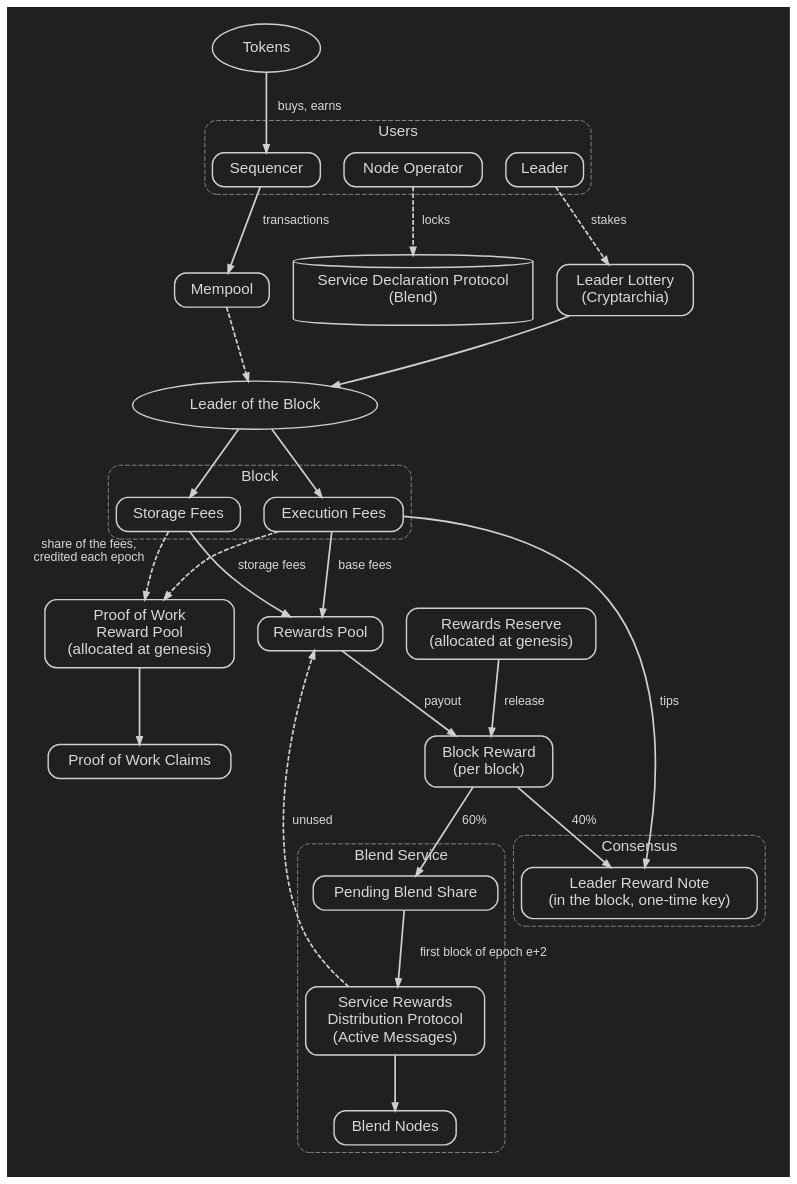
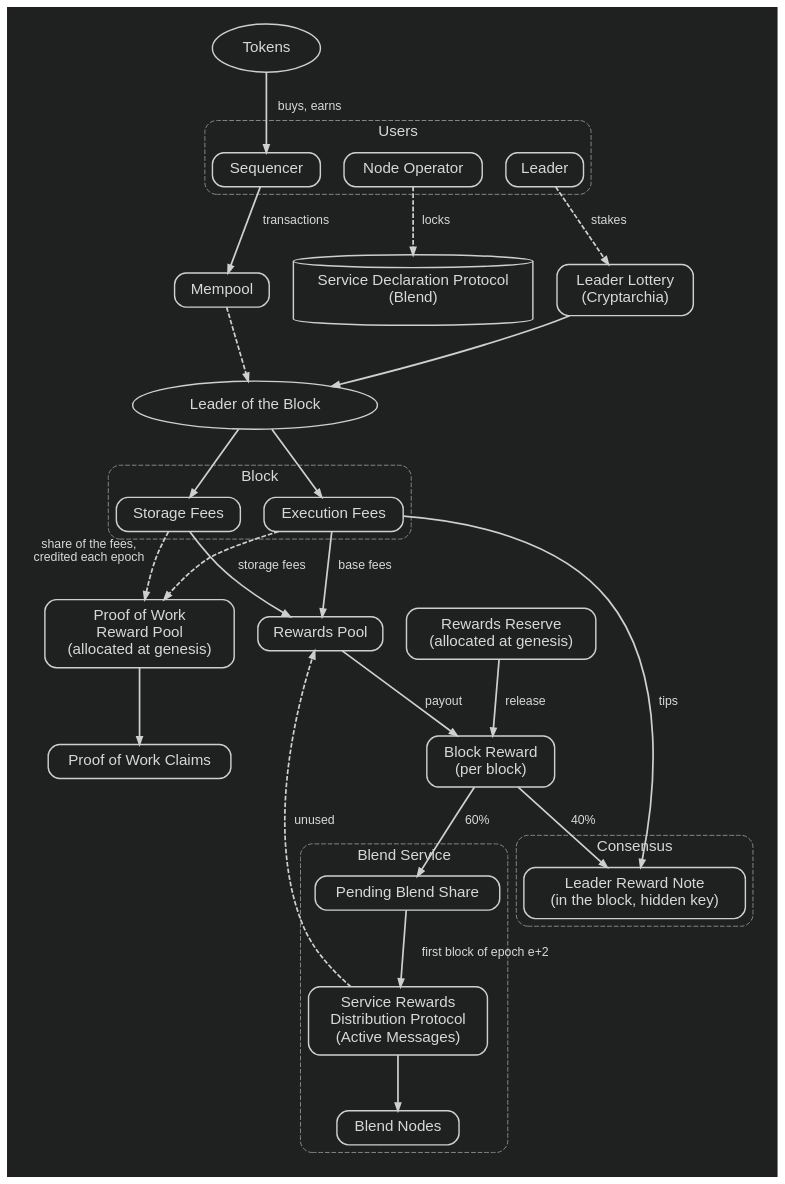
Before and after one commit to logos-co/logos-lips: the diagram in docs/blockchain/raw/overview-cryptoeconomics/assets/overview-cryptoeconomics.dot, drawn with Graphviz. The commit also changed 9 other files, not shown here.

Commit message:
docs(blockchain): the reward commitment hides its key under an unpredictable nonce, and condemns only a confirmed body

```diff
--- a/docs/blockchain/raw/overview-cryptoeconomics/assets/overview-cryptoeconomics.dot
+++ b/docs/blockchain/raw/overview-cryptoeconomics/assets/overview-cryptoeconomics.dot
@@ -1,94 +1,94 @@
 /*
  * Cryptoeconomics overview: tokens, fees and rewards
  *
  * Render:
  *   dot -Tpng -Gdpi=160 overview-cryptoeconomics.dot -o bbe261aa-09df-827f-a6a9-8115aeb10f94.png
  */
 
 digraph overview_cryptoeconomics {
   rankdir = TB;
   bgcolor = "#1f2020";
   splines = true;
   nodesep = 0.35;
   ranksep = 0.80;
   pad     = 0.25;
 
   node [
     shape     = box,
     style     = "rounded,filled",
     fillcolor = "#1f2020",
     color     = "#cfcfcf",
     penwidth  = 1.5,
     fontname  = "Helvetica",
     fontsize  = 16,
     fontcolor = "#d8d8d8",
     margin    = "0.18,0.12"
   ];
 
   edge [color = "#cfcfcf", penwidth = 1.8, arrowsize = 0.8,
         fontname = "Helvetica", fontsize = 13, fontcolor = "#d8d8d8"];
 
   graph [fontname = "Helvetica", fontsize = 16, fontcolor = "#d8d8d8", color = "#8a8a8a", style = "rounded,dashed"];
 
   tokens   [label = "Tokens", shape = ellipse];
 
   subgraph cluster_users {
     label = "Users";
     sequencer [label = "Sequencer"];
     operator  [label = "Node Operator"];
     staker    [label = "Leader"];
   }
 
   sdp      [label = "Service Declaration Protocol\n(Blend)", shape = cylinder];
   lottery  [label = "Leader Lottery\n(Cryptarchia)"];
   mempool  [label = "Mempool"];
   leader   [label = "Leader of the Block", shape = ellipse];
 
   subgraph cluster_block {
     label = "Block";
     exec_fees    [label = "Execution Fees"];
     storage_fees [label = "Storage Fees"];
   }
 
   pow_pool [label = "Proof of Work\nReward Pool\n(allocated at genesis)"];
   miners   [label = "Proof of Work Claims"];
   pool     [label = "Rewards Pool"];
   reserve  [label = "Rewards Reserve\n(allocated at genesis)"];
   reward   [label = "Block Reward\n(per block)"];
 
   subgraph cluster_consensus {
     label = "Consensus";
-    leader_note [label = "Leader Reward Note\n(in the block, one-time key)"];
+    leader_note [label = "Leader Reward Note\n(in the block, hidden key)"];
   }
 
   subgraph cluster_blend {
     label = "Blend Service";
     pending [label = "Pending Blend Share"];
     srdp    [label = "Service Rewards\nDistribution Protocol\n(Active Messages)"];
     blend   [label = "Blend Nodes"];
     pending -> srdp [label = "  first block of epoch e+2  "];
     srdp -> blend;
   }
 
   tokens    -> sequencer [label = "  buys, earns  "];
   operator  -> sdp       [label = "  locks  ", style = dashed];
   staker    -> lottery   [label = "  stakes  ", style = dashed];
   sequencer -> mempool   [label = "  transactions  "];
   lottery   -> leader;
   mempool   -> leader    [style = dashed];
   leader   -> exec_fees;
   leader   -> storage_fees;
 
   exec_fees    -> pool        [label = "  base fees  "];
   storage_fees -> pool        [label = "  storage fees  "];
   exec_fees    -> leader_note [label = "  tips  "];
   exec_fees    -> pow_pool    [style = dashed];
   storage_fees -> pow_pool    [xlabel = "share of the fees,\ncredited each epoch", style = dashed];
   pow_pool     -> miners;
 
   reserve -> reward [label = "  release  "];
   pool    -> reward [label = "  payout  "];
   reward  -> leader_note [label = "  40%  "];
   reward  -> pending     [label = "  60%  "];
   srdp    -> pool        [label = "  unused  ", style = dashed];
 }
```
